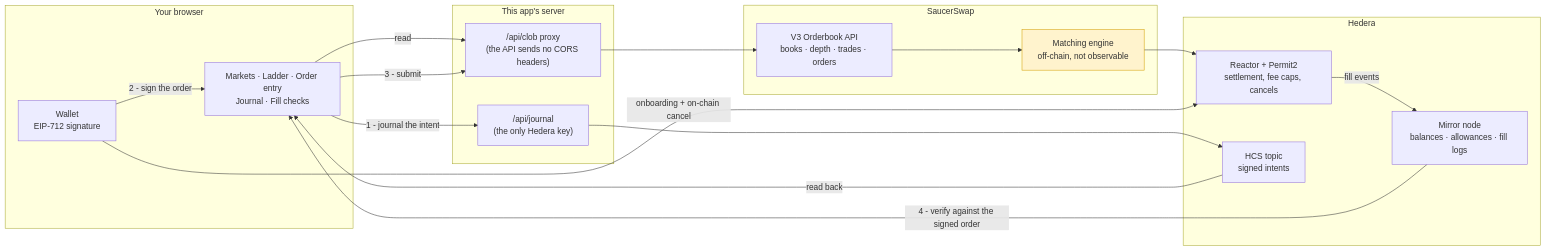
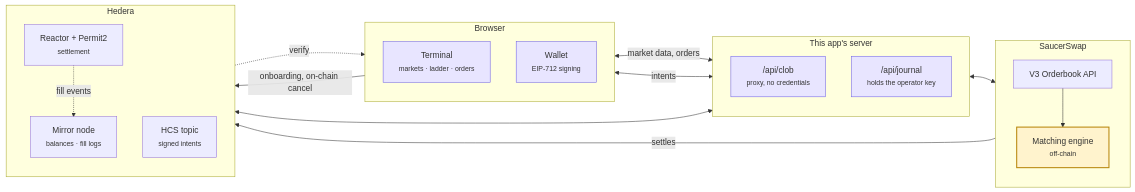
One commit to OrderForge/scaffold-hbar-limit-orders changed the first of 2 diagrams in README.md. Above: the diagram before and after it, drawn with Mermaid. The commit also changed other lines of this file, not shown here.

Commit message:
docs(readme): split the architecture diagram so it stops overlapping
The single flowchart tried to show both the components and the order lifecycle,
and the numbered round trips crossed each other — a wallet edge ran straight
through the SaucerSwap box, and the return arrows tangled with the forward ones.

Now two diagrams, each doing one job:

- a left-to-right flowchart of who talks to whom, reading browser, this app's
  server, the venue, Hedera, with reads and writes as one bidirectional edge
  rather than two crossing arrows. The matching engine keeps its highlight as
  the one box nobody can verify.
- a sequence diagram for placing an order, which is the right shape for a
  numbered flow: validate, build, journal, sign, save, settle, verify. The three
  notes carry the points worth making — invalid orders never reach the wallet,
  the journal is written before submission, and matching is not observable.

Both rendered with mermaid-cli and inspected rather than assumed: the first
version of each still had collisions, which is how the self-message labels and
the note placement got shortened.

````diff
--- a/README.md
+++ b/README.md
@@ -79,36 +79,42 @@
 ```mermaid
 flowchart LR
-    subgraph browser["Your browser"]
-        UI["Markets · Ladder · Order entry<br/>Journal · Fill checks"]
-        W["Wallet<br/>EIP-712 signature"]
+    subgraph browser["Browser"]
+        direction TB
+        UI["Terminal<br/><small>markets · ladder · orders</small>"]
+        WALLET["Wallet<br/><small>EIP-712 signing</small>"]
     end
 
-    subgraph app["This app's server"]
-        PX["/api/clob proxy<br/>(the API sends no CORS headers)"]
-        JR["/api/journal<br/>(the only Hedera key)"]
+    subgraph server["This app's server"]
+        direction TB
+        PROXY["/api/clob<br/><small>proxy, no credentials</small>"]
+        JOURNAL["/api/journal<br/><small>holds the operator key</small>"]
     end
 
-    subgraph saucer["SaucerSwap"]
-        API["V3 Orderbook API<br/>books · depth · trades · orders"]
-        M["Matching engine<br/>off-chain, not observable"]
+    subgraph venue["SaucerSwap"]
+        direction TB
+        API["V3 Orderbook API"]
+        MATCH["Matching engine<br/><small>off-chain</small>"]
     end
 
     subgraph hedera["Hedera"]
-        R["Reactor + Permit2<br/>settlement, fee caps, cancels"]
-        T["HCS topic<br/>signed intents"]
-        MN["Mirror node<br/>balances · allowances · fill logs"]
+        direction TB
+        REACTOR["Reactor + Permit2<br/><small>settlement</small>"]
+        TOPIC["HCS topic<br/><small>signed intents</small>"]
+        MIRROR["Mirror node<br/><small>balances · fill logs</small>"]
     end
 
-    UI -->|read| PX --> API
-    UI -->|"1 - journal the intent"| JR --> T
-    W -->|"2 - sign the order"| UI
-    UI -->|"3 - submit"| PX
-    API --> M --> R
-    R -->|fill events| MN
-    MN -->|"4 - verify against the signed order"| UI
-    T -->|read back| UI
-    W -->|onboarding + on-chain cancel| R
+    UI <-->|"market data, orders"| PROXY
+    PROXY <--> API
+    UI <-->|"intents"| JOURNAL
+    JOURNAL <--> TOPIC
+    API --> MATCH
+    MATCH -->|"settles"| REACTOR
+    WALLET -->|"onboarding, on-chain cancel"| REACTOR
+    REACTOR -.->|"fill events"| MIRROR
+    MIRROR -.->|"verify"| UI
 
-    classDef trust fill:#fff3cd,stroke:#d39e00
-    class M trust
+    classDef untrusted fill:#fff3cd,stroke:#b8860b,stroke-width:2px
+    classDef ours fill:#e8e5ff,stroke:#6b5ce7
+    class MATCH untrusted
+    class UI,WALLET,PROXY,JOURNAL ours
 ```
````
